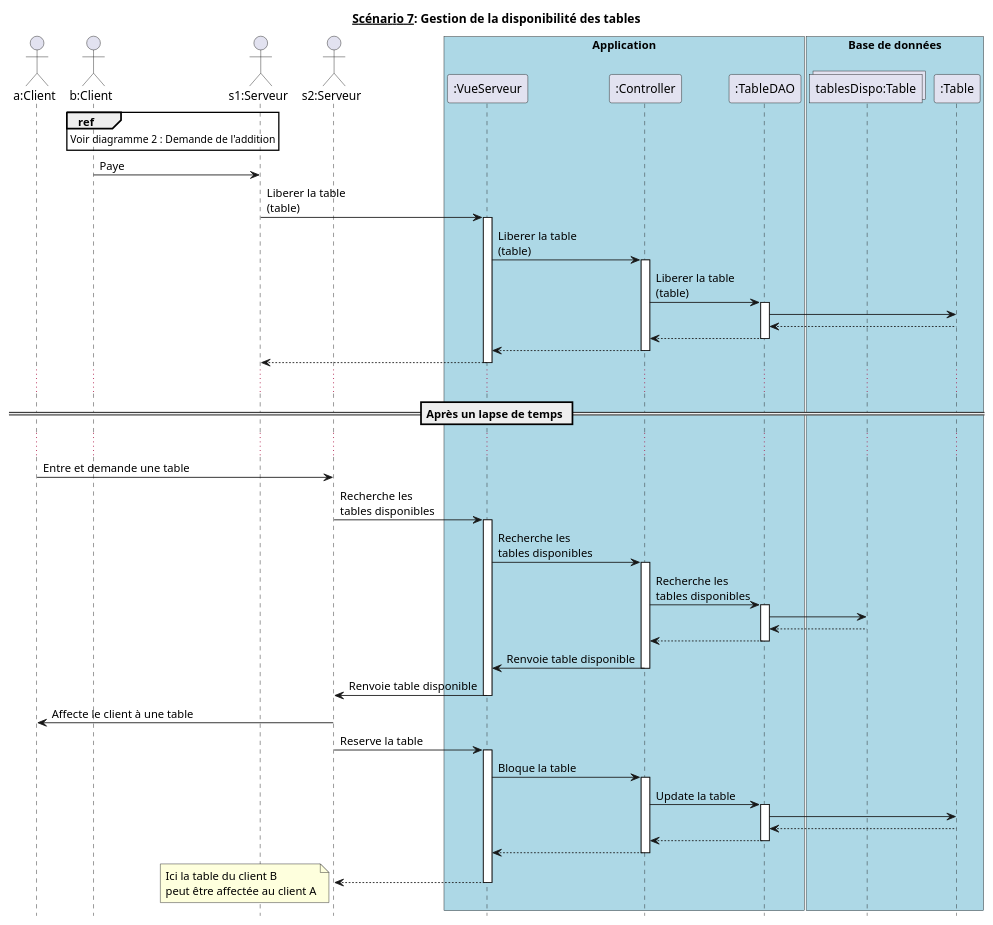
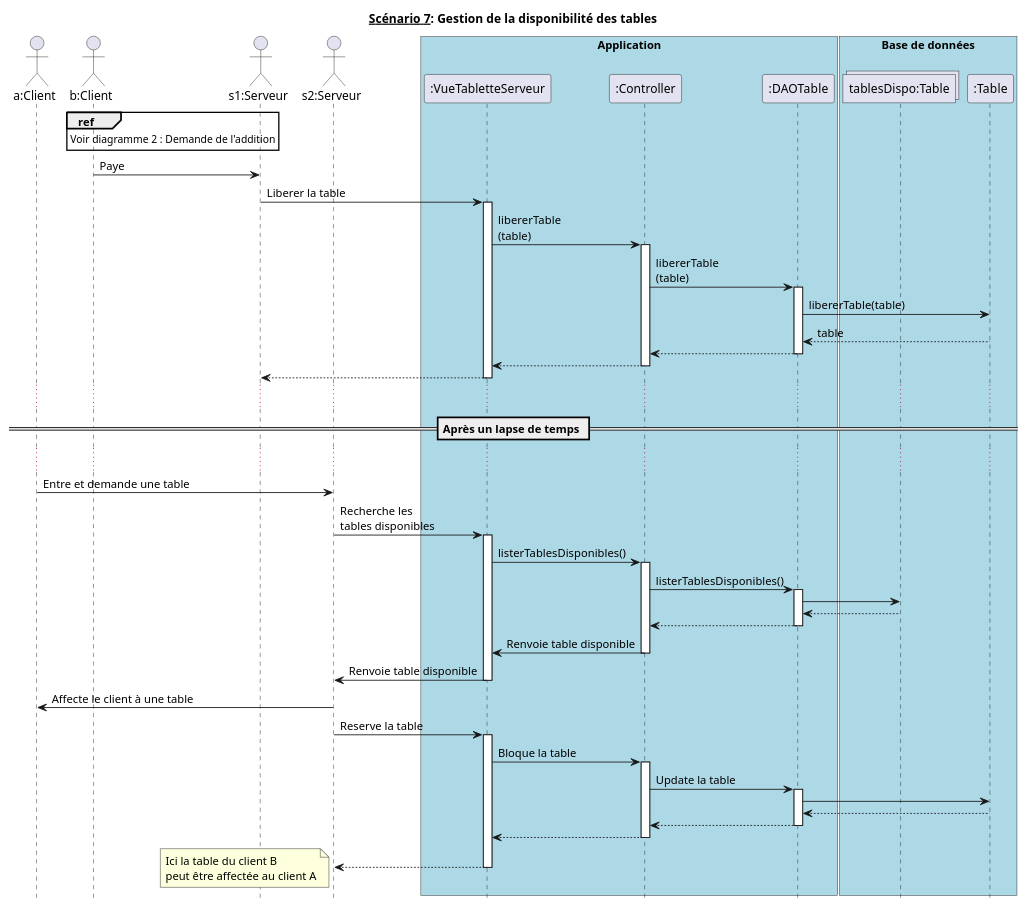
The diagram in diagrammes_sequences_detailles/dss7.md (hulskenA/GL-Les_seigneurs_du_resto), drawn with PlantUML before and after one commit. The commit also changed 1 other file, not shown here.

Commit message:
modification dss détaillés 5 et  7

```diff
--- a/diagrammes_sequences_detailles/dss7.md
+++ b/diagrammes_sequences_detailles/dss7.md
@@ -10,9 +10,9 @@
 actor "s2:Serveur" as Serveur2 order 40
 
 box "Application" #Lightblue
-    participant ":VueServeur" as VueServeur order 50
+    participant ":VueTabletteServeur" as VueServeur order 50
     participant ":Controller" as Controller order 60
-    participant ":TableDAO" as TableDAO order 70
+    participant ":DAOTable" as TableDAO order 70
 endbox
 
 box "Base de données" #Lightblue
@@ -25,14 +25,14 @@
 end
 
 ClientB -> Serveur1 : Paye
-Serveur1 -> VueServeur : Liberer la table\n(table)
+Serveur1 -> VueServeur : Liberer la table
 activate VueServeur
-VueServeur -> Controller : Liberer la table\n(table)
+VueServeur -> Controller : libererTable\n(table)
 activate Controller
-Controller -> TableDAO : Liberer la table\n(table)
+Controller -> TableDAO : libererTable\n(table)
 activate TableDAO
-TableDAO -> Table
-TableDAO <-- Table
+TableDAO -> Table : libererTable(table)
+TableDAO <-- Table : table
 Controller <-- TableDAO
 deactivate TableDAO
 Controller --> VueServeur
@@ -47,9 +47,9 @@
 ClientA -> Serveur2 : Entre et demande une table
 Serveur2 -> VueServeur : Recherche les\ntables disponibles
 activate VueServeur
-VueServeur -> Controller : Recherche les\ntables disponibles
+VueServeur -> Controller : listerTablesDisponibles()
 activate Controller
-Controller -> TableDAO : Recherche les\ntables disponibles
+Controller -> TableDAO : listerTablesDisponibles()
 activate TableDAO
 TableDAO -> TableDispo
 TableDAO <-- TableDispo
```
